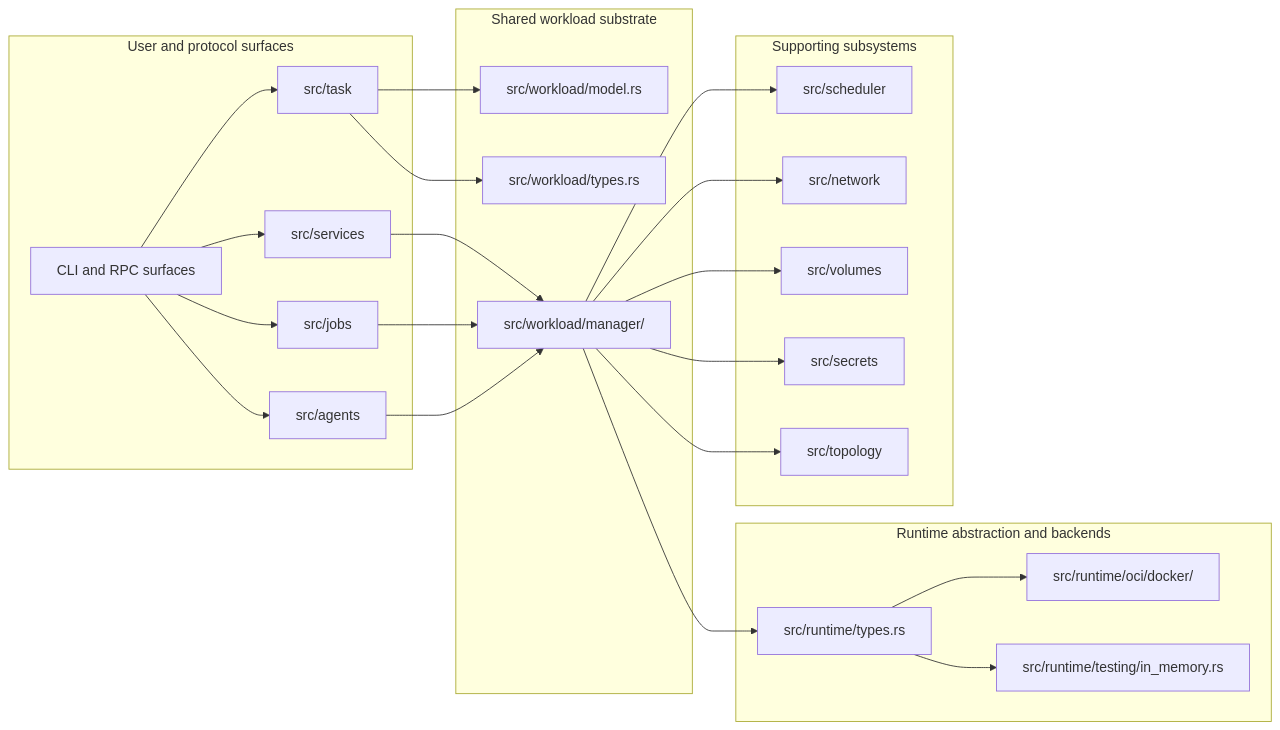
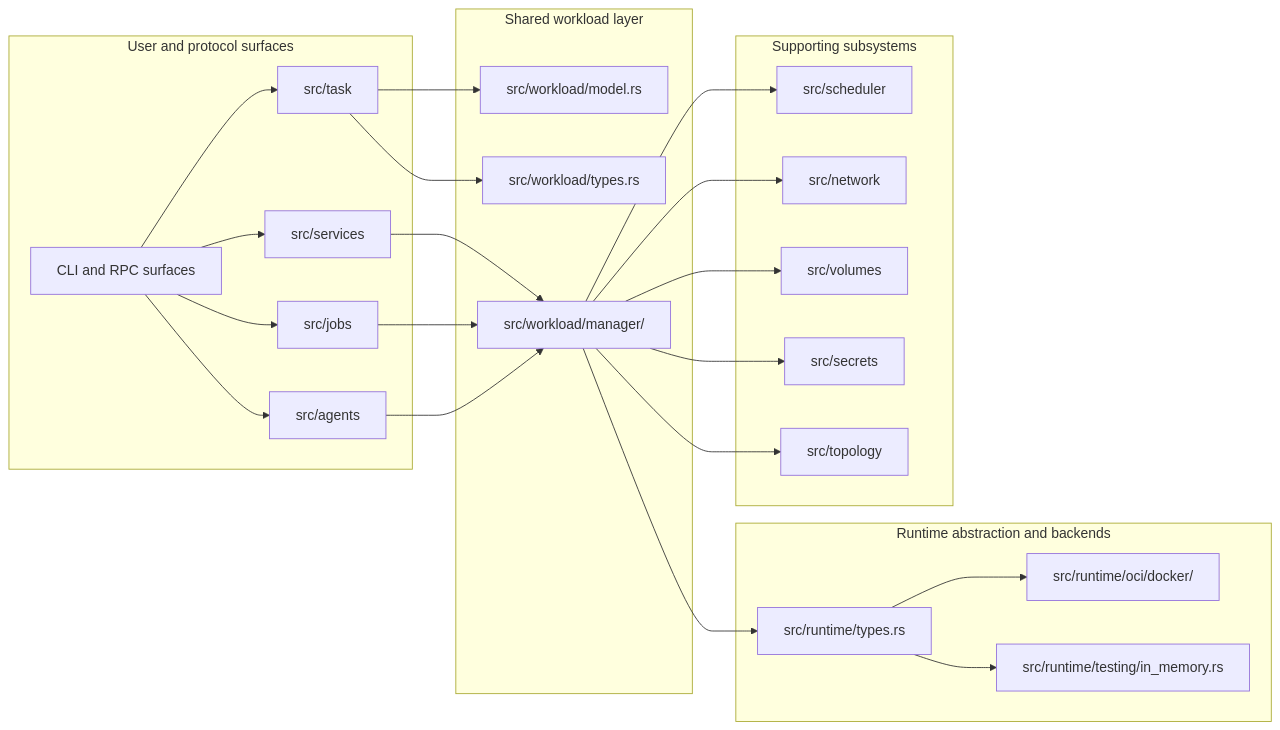
The third of 3 diagrams in docs/workloads-and-runtimes.md (MantissaLabs/mantissa), drawn with Mermaid before and after one commit. The commit also changed other lines of this file and 10 other files, not shown here.

````diff
--- a/docs/workloads-and-runtimes.md
+++ b/docs/workloads-and-runtimes.md
@@ -333,48 +333,48 @@
 ```mermaid
 flowchart LR
     subgraph Surfaces["User and protocol surfaces"]
         Client["CLI and RPC surfaces"]
         Task["src/task"]
         Services["src/services"]
         Jobs["src/jobs"]
         Agents["src/agents"]
     end
 
-    subgraph Shared["Shared workload substrate"]
+    subgraph Shared["Shared workload layer"]
         Model["src/workload/model.rs"]
         Types["src/workload/types.rs"]
         Manager["src/workload/manager/"]
     end
 
     subgraph Runtime["Runtime abstraction and backends"]
         RuntimeTypes["src/runtime/types.rs"]
         Docker["src/runtime/oci/docker/"]
         Memory["src/runtime/testing/in_memory.rs"]
     end
 
     subgraph Support["Supporting subsystems"]
         Scheduler["src/scheduler"]
         Network["src/network"]
         Volumes["src/volumes"]
         Secrets["src/secrets"]
         Topology["src/topology"]
     end
 
     Client --> Task
     Client --> Services
     Client --> Jobs
     Client --> Agents
     Task --> Model
     Task --> Types
     Services --> Manager
     Jobs --> Manager
     Agents --> Manager
     Manager --> RuntimeTypes
     RuntimeTypes --> Docker
     RuntimeTypes --> Memory
     Manager --> Scheduler
     Manager --> Network
     Manager --> Volumes
     Manager --> Secrets
     Manager --> Topology
 ```
````
